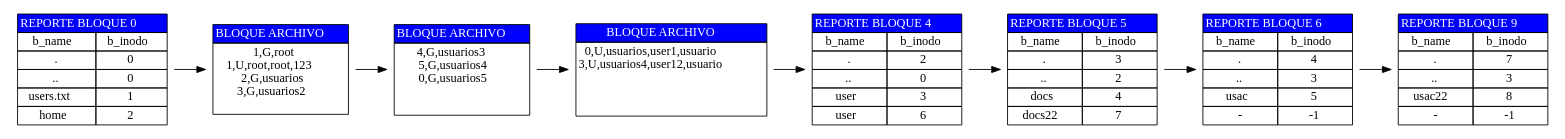
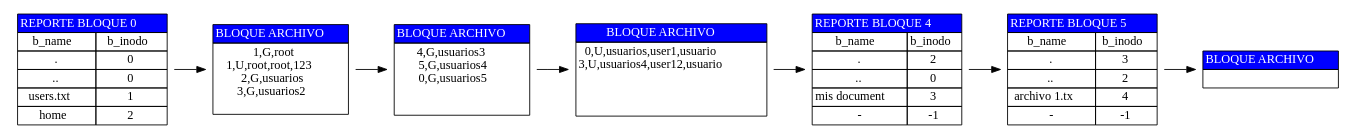
Before and after one commit to miguel-tubac/MIA_1S2025_P1_202101927: the diagram in server/src/salida/block.dot, drawn with Graphviz. The commit also changed 16 other files, not shown here.

```diff
--- a/server/src/salida/block.dot
+++ b/server/src/salida/block.dot
@@ -1,63 +1,50 @@
 digraph G {
 	rankdir=LR;
 	node [shape=plaintext]
 	bloque0 [label=<
 							<table border="0" cellborder="1" cellspacing="0">
 							<tr><td colspan="2" bgcolor="#0000FF"><font color="white"> REPORTE BLOQUE 0 </font></td></tr>
 	<tr><td>b_name</td><td>b_inodo</td></tr>
 	<tr><td>.</td><td>0</td></tr>
 	<tr><td>..</td><td>0</td></tr>
 	<tr><td>users.txt</td><td>1</td></tr>
 	<tr><td>home</td><td>2</td></tr>	</table>>];
 bloque1 [label=<
 					<table border="0" cellborder="1" cellspacing="0">
 		<tr><td colspan="2" bgcolor="#0000FF"><font color="white"> BLOQUE ARCHIVO </font></td></tr>
 		<tr><td colspan="2"> 1,G,root<br/>1,U,root,root,123<br/>2,G,usuarios<br/>3,G,usuarios2<br/> </td></tr>	</table>>];
 bloque2 [label=<
 					<table border="0" cellborder="1" cellspacing="0">
 		<tr><td colspan="2" bgcolor="#0000FF"><font color="white"> BLOQUE ARCHIVO </font></td></tr>
 		<tr><td colspan="2"> 4,G,usuarios3<br/>5,G,usuarios4<br/>0,G,usuarios5<br/><br/> </td></tr>	</table>>];
 bloque3 [label=<
 					<table border="0" cellborder="1" cellspacing="0">
 		<tr><td colspan="2" bgcolor="#0000FF"><font color="white"> BLOQUE ARCHIVO </font></td></tr>
 		<tr><td colspan="2"> 0,U,usuarios,user1,usuario<br/>3,U,usuarios4,user12,usuario<br/><br/><br/> </td></tr>	</table>>];
 bloque4 [label=<
 							<table border="0" cellborder="1" cellspacing="0">
 							<tr><td colspan="2" bgcolor="#0000FF"><font color="white"> REPORTE BLOQUE 4 </font></td></tr>
 	<tr><td>b_name</td><td>b_inodo</td></tr>
 	<tr><td>.</td><td>2</td></tr>
 	<tr><td>..</td><td>0</td></tr>
-	<tr><td>user</td><td>3</td></tr>
-	<tr><td>user</td><td>6</td></tr>	</table>>];
+	<tr><td>mis document</td><td>3</td></tr>
+	<tr><td>-</td><td>-1</td></tr>	</table>>];
 bloque5 [label=<
 							<table border="0" cellborder="1" cellspacing="0">
 							<tr><td colspan="2" bgcolor="#0000FF"><font color="white"> REPORTE BLOQUE 5 </font></td></tr>
 	<tr><td>b_name</td><td>b_inodo</td></tr>
 	<tr><td>.</td><td>3</td></tr>
 	<tr><td>..</td><td>2</td></tr>
-	<tr><td>docs</td><td>4</td></tr>
-	<tr><td>docs22</td><td>7</td></tr>	</table>>];
+	<tr><td>archivo 1.tx</td><td>4</td></tr>
+	<tr><td>-</td><td>-1</td></tr>	</table>>];
 bloque6 [label=<
-							<table border="0" cellborder="1" cellspacing="0">
-							<tr><td colspan="2" bgcolor="#0000FF"><font color="white"> REPORTE BLOQUE 6 </font></td></tr>
-	<tr><td>b_name</td><td>b_inodo</td></tr>
-	<tr><td>.</td><td>4</td></tr>
-	<tr><td>..</td><td>3</td></tr>
-	<tr><td>usac</td><td>5</td></tr>
-	<tr><td>-</td><td>-1</td></tr>	</table>>];
-bloque9 [label=<
-							<table border="0" cellborder="1" cellspacing="0">
-							<tr><td colspan="2" bgcolor="#0000FF"><font color="white"> REPORTE BLOQUE 9 </font></td></tr>
-	<tr><td>b_name</td><td>b_inodo</td></tr>
-	<tr><td>.</td><td>7</td></tr>
-	<tr><td>..</td><td>3</td></tr>
-	<tr><td>usac22</td><td>8</td></tr>
-	<tr><td>-</td><td>-1</td></tr>	</table>>];
+					<table border="0" cellborder="1" cellspacing="0">
+		<tr><td colspan="2" bgcolor="#0000FF"><font color="white"> BLOQUE ARCHIVO </font></td></tr>
+		<tr><td colspan="2">  </td></tr>	</table>>];
 bloque0 -> bloque1
 bloque1 -> bloque2
 bloque2 -> bloque3
 bloque3 -> bloque4
 bloque4 -> bloque5
 bloque5 -> bloque6
-bloque6 -> bloque9
 }
```
